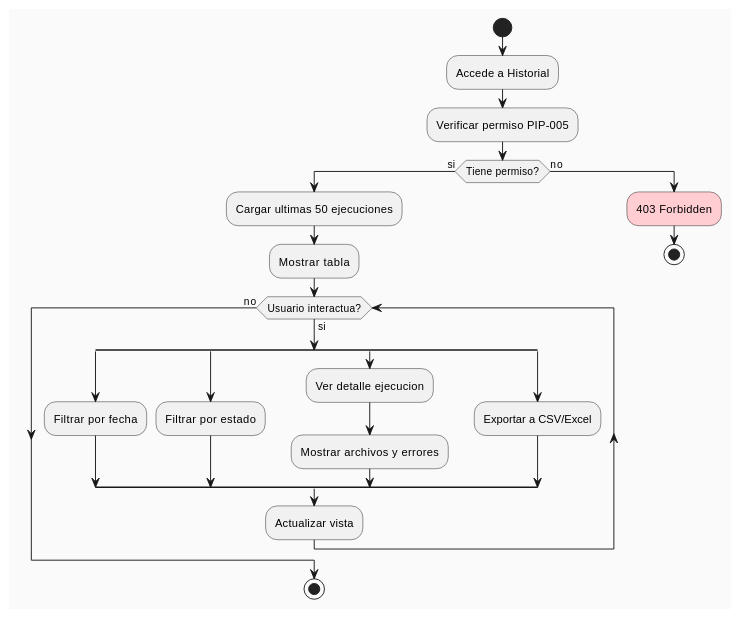
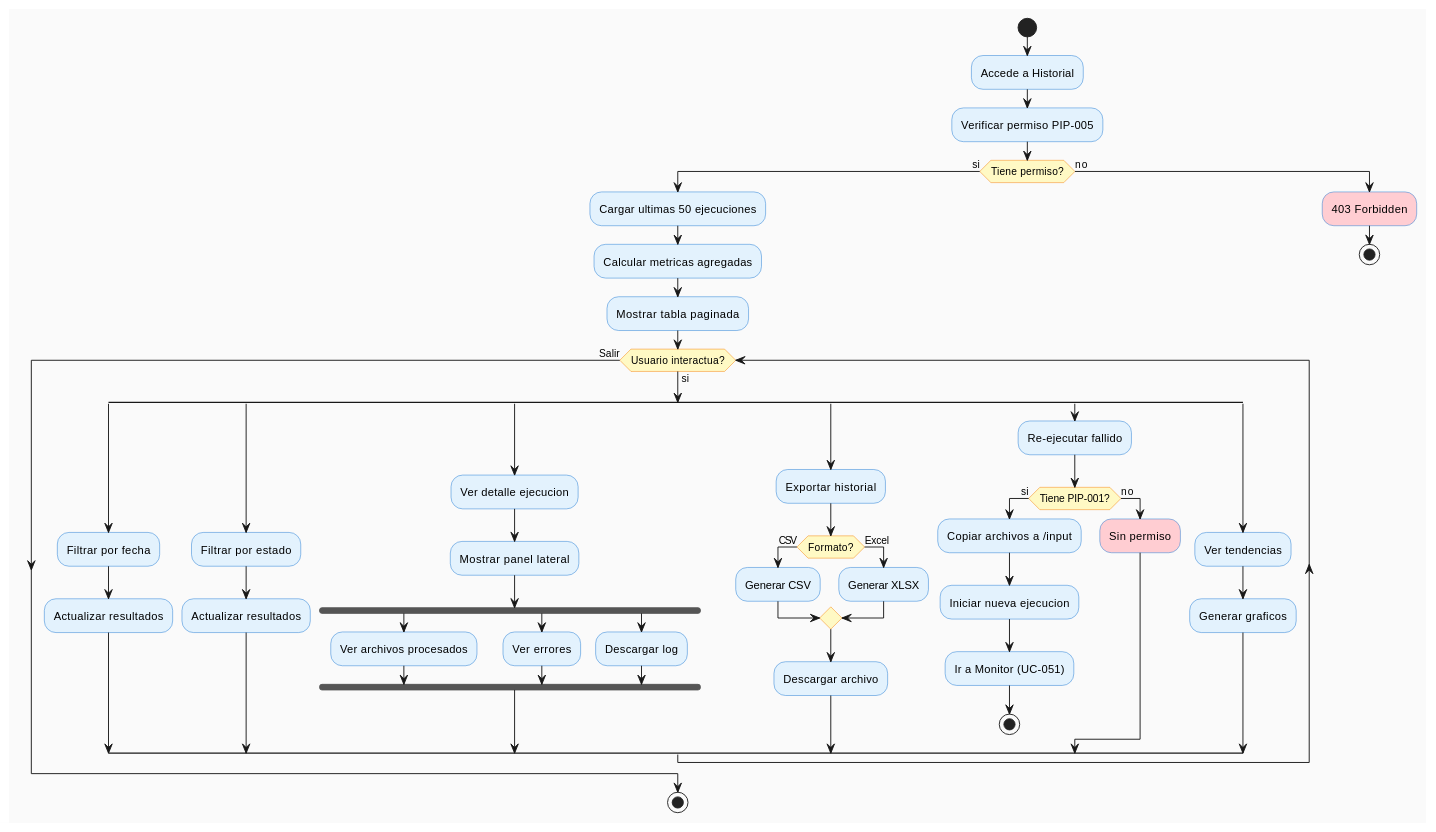
Before and after one commit to jcg-admin/IACT-docs: the third of 3 diagrams in source/requisitos/casos_uso/pipeline/UC_053_Historial_Pipeline.rst, drawn with PlantUML. The commit also changed other lines of this file and 4 other files, not shown here.

```diff
--- a/source/requisitos/casos_uso/pipeline/UC_053_Historial_Pipeline.rst
+++ b/source/requisitos/casos_uso/pipeline/UC_053_Historial_Pipeline.rst
@@ -233,37 +340,75 @@
 .. uml::
    :caption: Actividad - UC-053 Historial Pipeline
    :align: center
 
    @startuml
    skinparam backgroundColor #FAFAFA
+   skinparam activity {
+       BackgroundColor #E3F2FD
+       BorderColor #1976D2
+       DiamondBackgroundColor #FFF9C4
+       DiamondBorderColor #F57C00
+   }
 
    start
 
    :Accede a Historial;
    :Verificar permiso PIP-005;
 
    if (Tiene permiso?) then (si)
        :Cargar ultimas 50 ejecuciones;
-       :Mostrar tabla;
+       :Calcular metricas agregadas;
+       :Mostrar tabla paginada;
 
        while (Usuario interactua?) is (si)
            split
                :Filtrar por fecha;
+               :Actualizar resultados;
            split again
                :Filtrar por estado;
+               :Actualizar resultados;
            split again
                :Ver detalle ejecucion;
-               :Mostrar archivos y errores;
+               :Mostrar panel lateral;
+
+               fork
+                   :Ver archivos procesados;
+               fork again
+                   :Ver errores;
+               fork again
+                   :Descargar log;
+               end fork
+
            split again
-               :Exportar a CSV/Excel;
+               :Exportar historial;
+               if (Formato?) then (CSV)
+                   :Generar CSV;
+               else (Excel)
+                   :Generar XLSX;
+               endif
+               :Descargar archivo;
+
+           split again
+               :Re-ejecutar fallido;
+               if (Tiene PIP-001?) then (si)
+                   :Copiar archivos a /input;
+                   :Iniciar nueva ejecucion;
+                   :Ir a Monitor (UC-051);
+                   stop
+               else (no)
+                   #FFCDD2:Sin permiso;
+               endif
+
+           split again
+               :Ver tendencias;
+               :Generar graficos;
            end split
 
-           :Actualizar vista;
-       endwhile (no)
+       endwhile (Salir)
 
        stop
    else (no)
        #FFCDD2:403 Forbidden;
        stop
    endif
    @enduml
```
